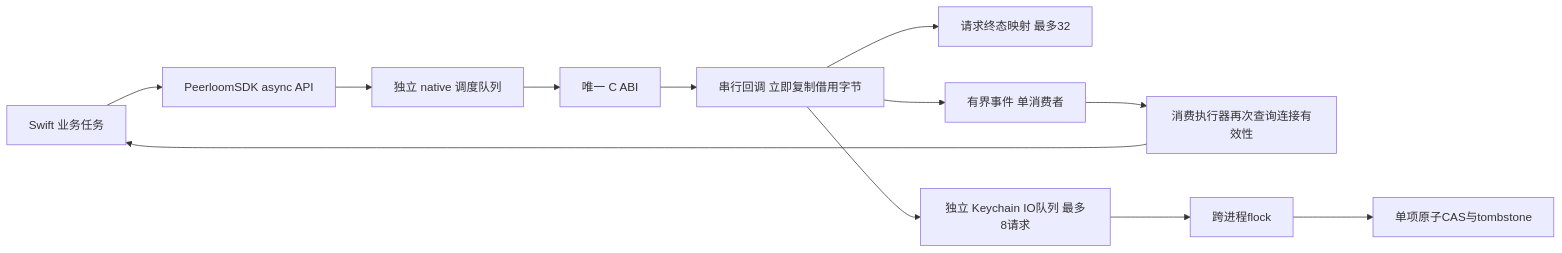
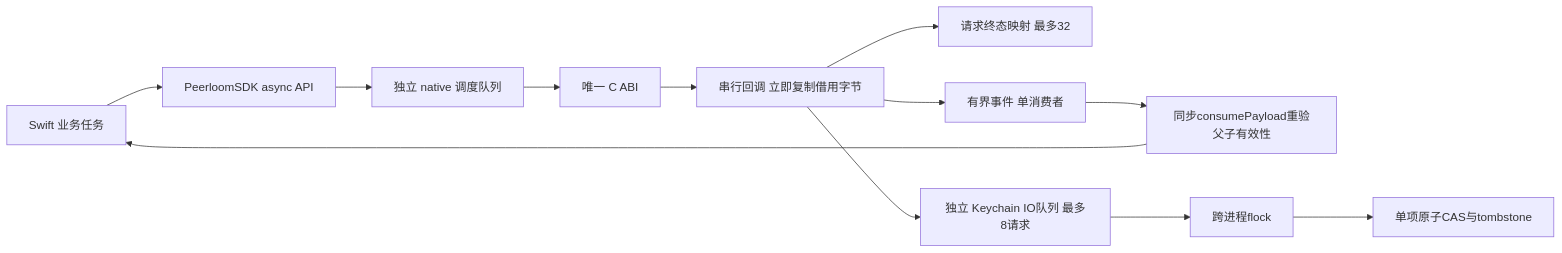
One commit to barry-ran/peerloom changed the first of 2 diagrams in bindings/ios/Apple封装说明.md. Above: the diagram before and after it, drawn with Mermaid. The commit also changed other lines of this file and 62 other files, not shown here.

````diff
--- a/bindings/ios/Apple封装说明.md
+++ b/bindings/ios/Apple封装说明.md
@@ -11,14 +13,14 @@
 ```mermaid
 flowchart LR
     App[Swift 业务任务] --> API[PeerloomSDK async API]
     API --> NativeQueue[独立 native 调度队列]
     NativeQueue --> ABI[唯一 C ABI]
     ABI --> Callback[串行回调 立即复制借用字节]
     Callback --> Completions[请求终态映射 最多32]
     Callback --> Events[有界事件 单消费者]
-    Events --> Gate[消费执行器再次查询连接有效性]
+    Events --> Gate[同步consumePayload重验父子有效性]
     Gate --> App
     Callback --> StoreQueue[独立 Keychain IO队列 最多8请求]
     StoreQueue --> Lock[跨进程flock]
     Lock --> Keychain[单项原子CAS与tombstone]
 ```
````
